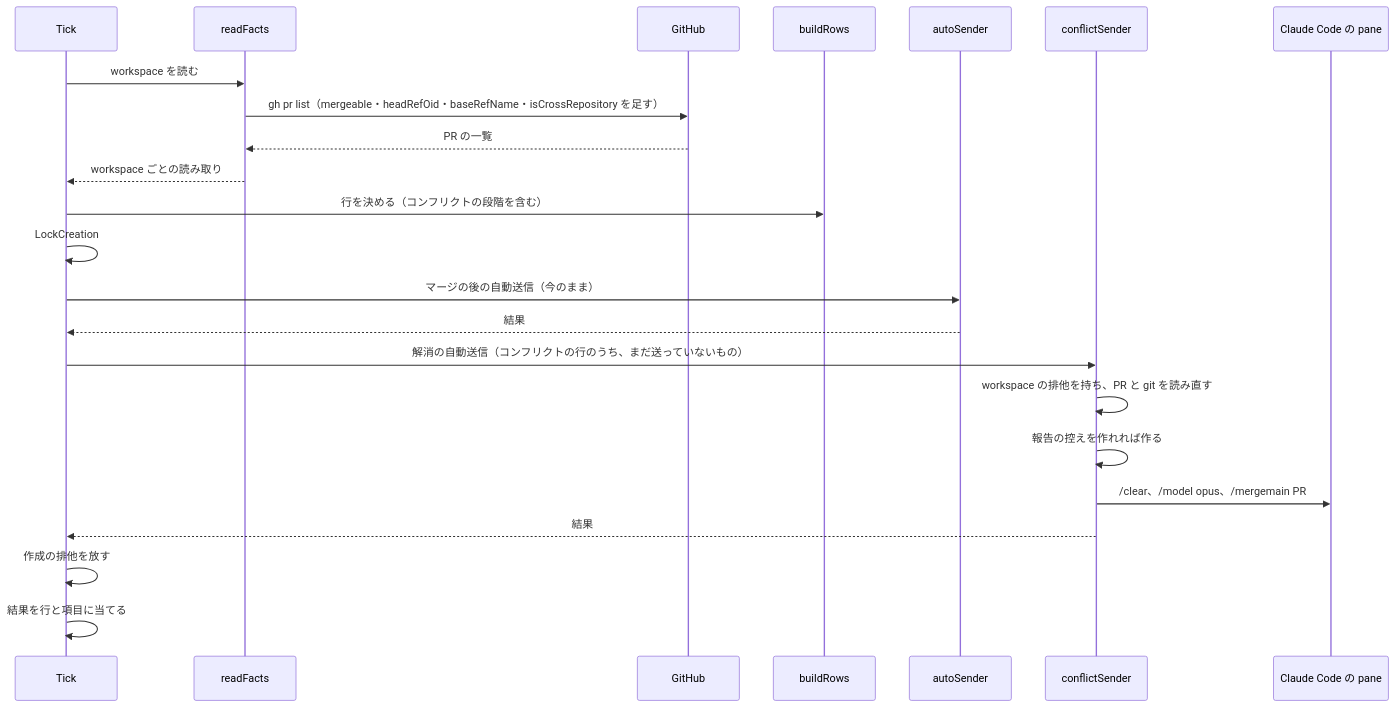
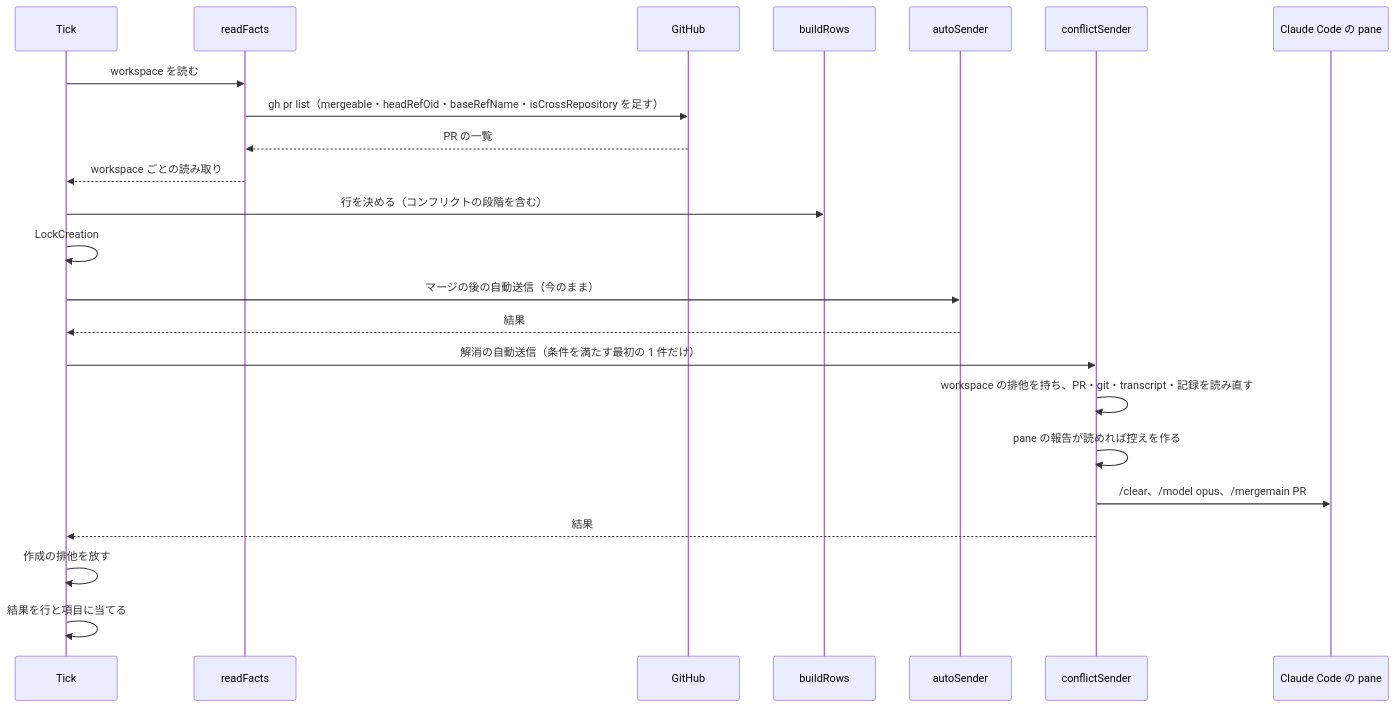
One commit to isseis/yt2column changed the third of 6 diagrams in docs/tasks/0115_chief_conflict_resolution/02_architecture.md. Above: the diagram before and after it, drawn with Mermaid. The commit also changed other lines of this file and 3 other files, not shown here.

First line of the commit message:
docs(0115): address the architecture review and prose pass

````diff
--- a/docs/tasks/0115_chief_conflict_resolution/02_architecture.md
+++ b/docs/tasks/0115_chief_conflict_resolution/02_architecture.md
@@ -231,26 +278,26 @@
 ```mermaid
 sequenceDiagram
     participant T as Tick
     participant R as readFacts
     participant G as GitHub
     participant B as buildRows
     participant A as autoSender
     participant C as conflictSender
     participant P as Claude Code の pane
 
     T->>R: workspace を読む
     R->>G: gh pr list（mergeable・headRefOid・baseRefName・isCrossRepository を足す）
     G-->>R: PR の一覧
     R-->>T: workspace ごとの読み取り
     T->>B: 行を決める（コンフリクトの段階を含む）
     T->>T: LockCreation
     T->>A: マージの後の自動送信（今のまま）
     A-->>T: 結果
-    T->>C: 解消の自動送信（コンフリクトの行のうち、まだ送っていないもの）
-    C->>C: workspace の排他を持ち、PR と git を読み直す
-    C->>C: 報告の控えを作れれば作る
+    T->>C: 解消の自動送信（条件を満たす最初の 1 件だけ）
+    C->>C: workspace の排他を持ち、PR・git・transcript・記録を読み直す
+    C->>C: pane の報告が読めれば控えを作る
     C->>P: /clear、/model opus、/mergemain PR
     C-->>T: 結果
     T->>T: 作成の排他を放す
     T->>T: 結果を行と項目に当てる
 ```
````
